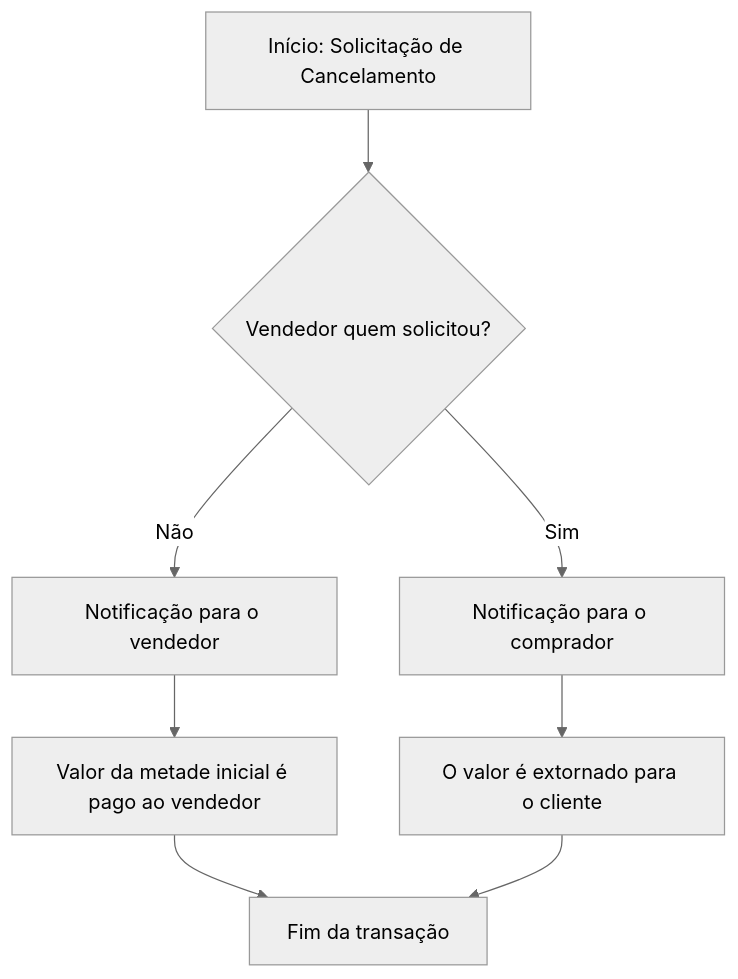
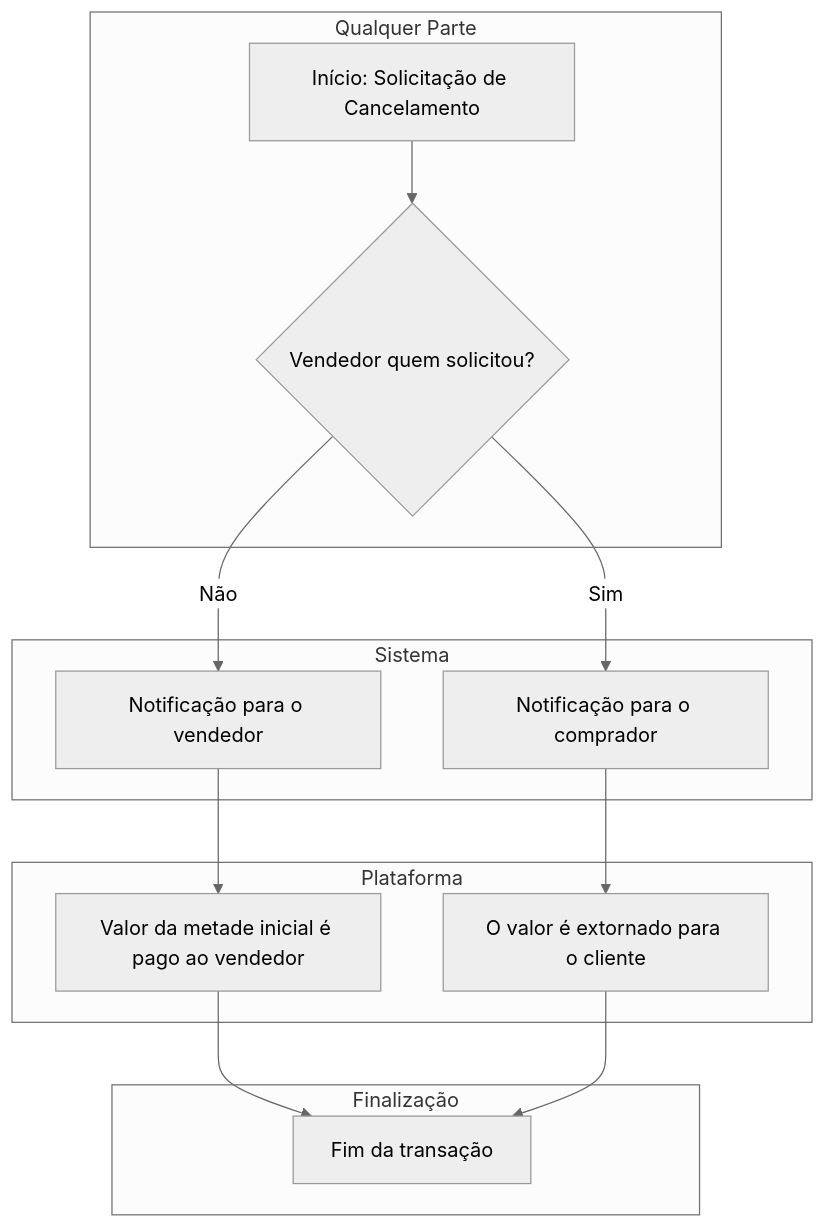
One commit to giovanni1351/EngenhariaDeSoftwareProjeto changed the fifth of 7 diagrams in README.md. Above: the diagram before and after it, drawn with Mermaid (neutral theme). The commit also changed other lines of this file, not shown here.

````diff
--- a/README.md
+++ b/README.md
@@ -174,11 +227,21 @@
 ```mermaid
 graph TD;
-
-    A[Início: Solicitação de Cancelamento] --> B{Vendedor quem solicitou?}
-    B --> |Sim| C[Notificação para o comprador]
-    B --> |Não| D[Notificação para o vendedor]
-    C --> E[O valor é extornado para o cliente]
-    D --> F[Valor da metade inicial é pago ao vendedor]
-    F --> Final[Fim da transação]
-    E --> Final
+    subgraph Inicio["Qualquer Parte"]
+        A[Início: Solicitação de Cancelamento] --> B{Vendedor quem solicitou?}
+    end
+    
+    subgraph Sistema["Sistema"]
+        B --> |Sim| C[Notificação para o comprador]
+        B --> |Não| D[Notificação para o vendedor]
+    end
+    
+    subgraph Plataforma["Plataforma"]
+        C --> E[O valor é extornado para o cliente]
+        D --> F[Valor da metade inicial é pago ao vendedor]
+    end
+    
+    subgraph Finalizacao["Finalização"]
+        F --> Final[Fim da transação]
+        E --> Final
+    end
 ```
````
